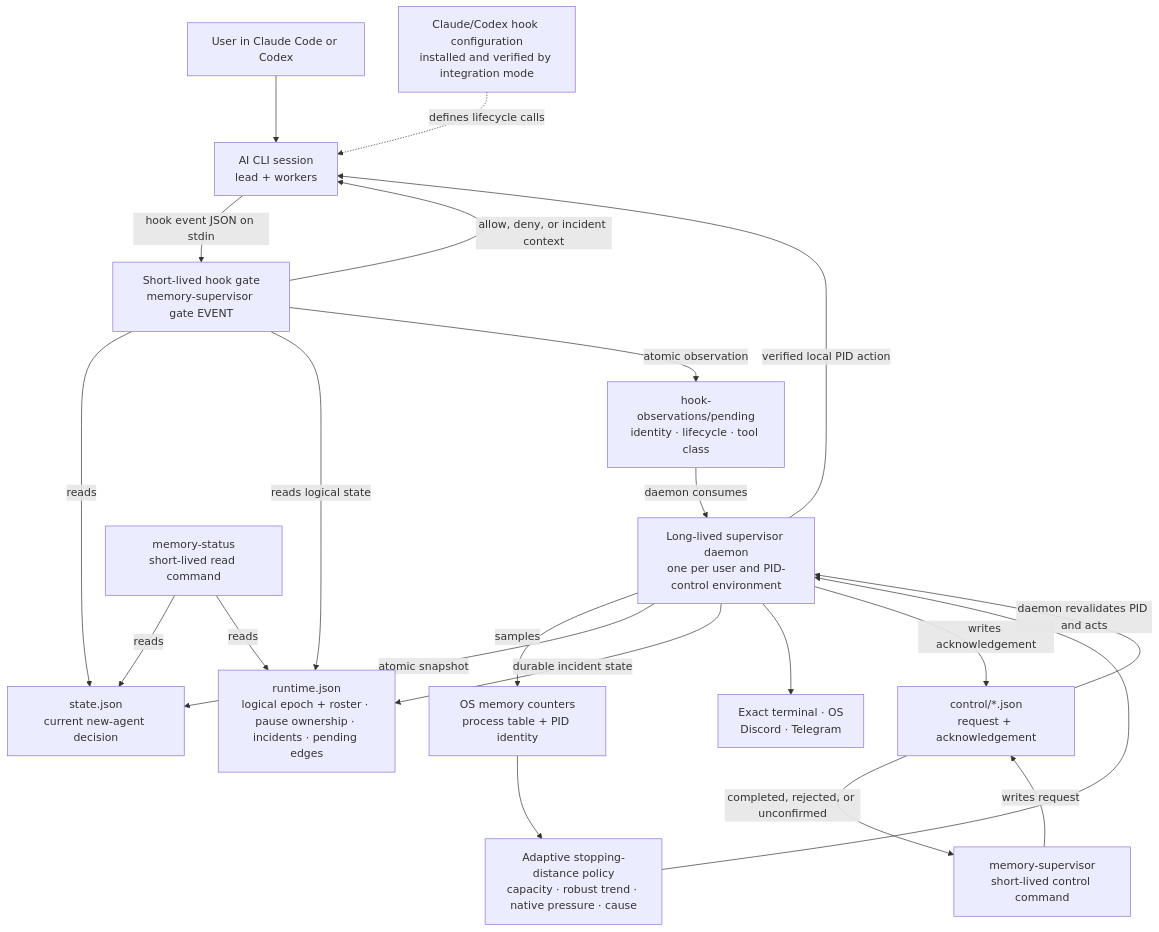
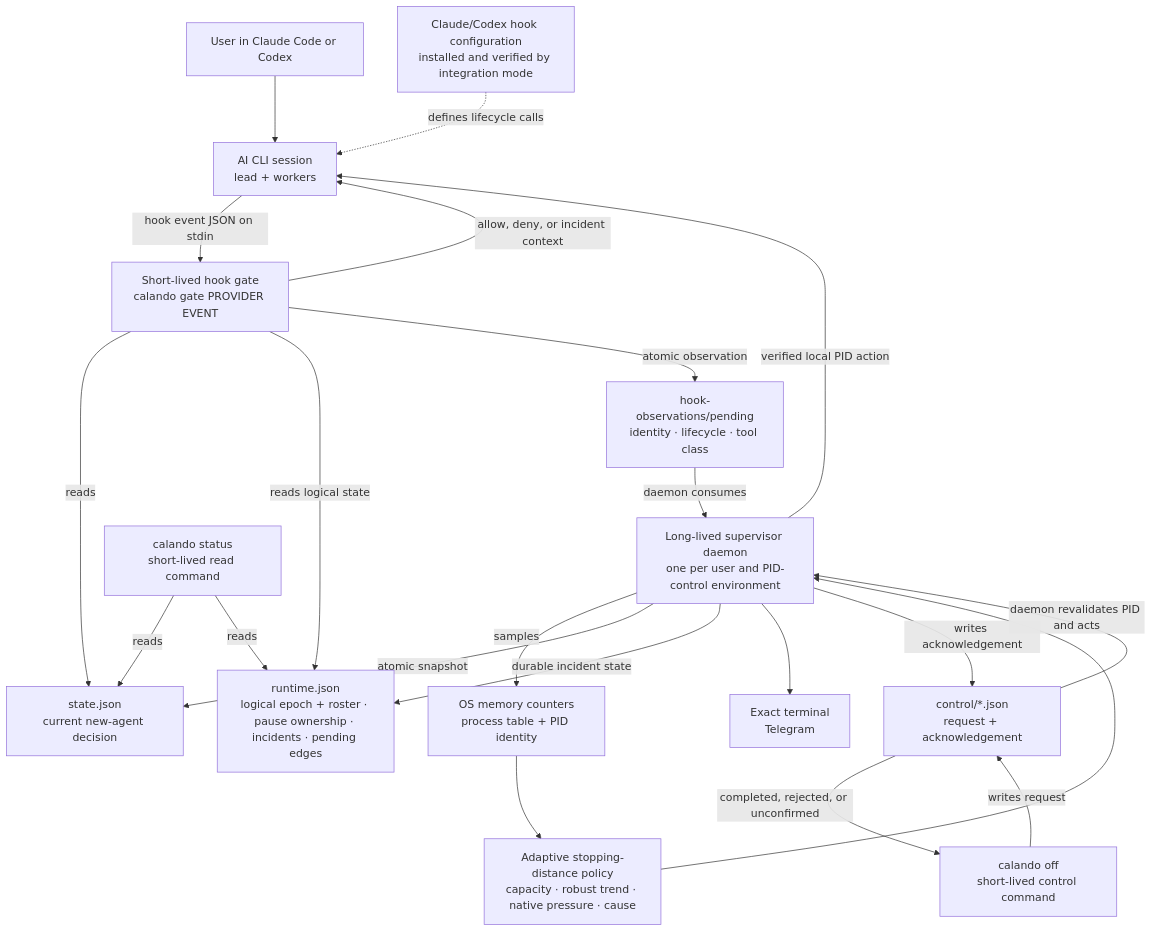
Before and after one commit to lssLab/Calando: the first of 3 diagrams in docs/guides/architecture.md, drawn with Mermaid. The commit also changed other lines of this file and 78 other files, not shown here.

````diff
--- a/docs/guides/architecture.md
+++ b/docs/guides/architecture.md
@@ -49,41 +49,41 @@
 ```mermaid
 flowchart TB
     User["User in Claude Code or Codex"]
     AI["AI CLI session<br/>lead + workers"]
-    Gate["Short-lived hook gate<br/>memory-supervisor gate EVENT"]
+    Gate["Short-lived hook gate<br/>calando gate PROVIDER EVENT"]
     Daemon["Long-lived supervisor daemon<br/>one per user and PID-control environment"]
     Sensors["OS memory counters<br/>process table + PID identity"]
     Policy["Adaptive stopping-distance policy<br/>capacity · robust trend · native pressure · cause"]
     State["state.json<br/>current new-agent decision"]
     Runtime["runtime.json<br/>logical epoch + roster · pause ownership · incidents · pending edges"]
     Observations["hook-observations/pending<br/>identity · lifecycle · tool class"]
     Queue["control/*.json<br/>request + acknowledgement"]
-    Status["memory-status<br/>short-lived read command"]
-    Control["memory-supervisor<br/>short-lived control command"]
-    Notice["Exact terminal · OS<br/>Discord · Telegram"]
+    Status["calando status<br/>short-lived read command"]
+    Control["calando off<br/>short-lived control command"]
+    Notice["Exact terminal<br/>Telegram"]
     HookFiles["Claude/Codex hook configuration<br/>installed and verified by integration mode"]
 
     User --> AI
     HookFiles -. "defines lifecycle calls" .-> AI
     AI -->|"hook event JSON on stdin"| Gate
     Gate -->|"allow, deny, or incident context"| AI
     Gate -->|"reads"| State
     Gate -->|"reads logical state"| Runtime
     Gate -->|"atomic observation"| Observations
 
     Daemon -->|"samples"| Sensors
     Sensors --> Policy
     Policy --> Daemon
     Observations -->|"daemon consumes"| Daemon
     Daemon -->|"atomic snapshot"| State
     Daemon -->|"durable incident state"| Runtime
     Daemon -->|"verified local PID action"| AI
     Daemon --> Notice
 
     Status -->|"reads"| State
     Status -->|"reads"| Runtime
     Control -->|"writes request"| Queue
     Queue -->|"daemon revalidates PID and acts"| Daemon
     Daemon -->|"writes acknowledgement"| Queue
     Queue -->|"completed, rejected, or unconfirmed"| Control
 ```
````
